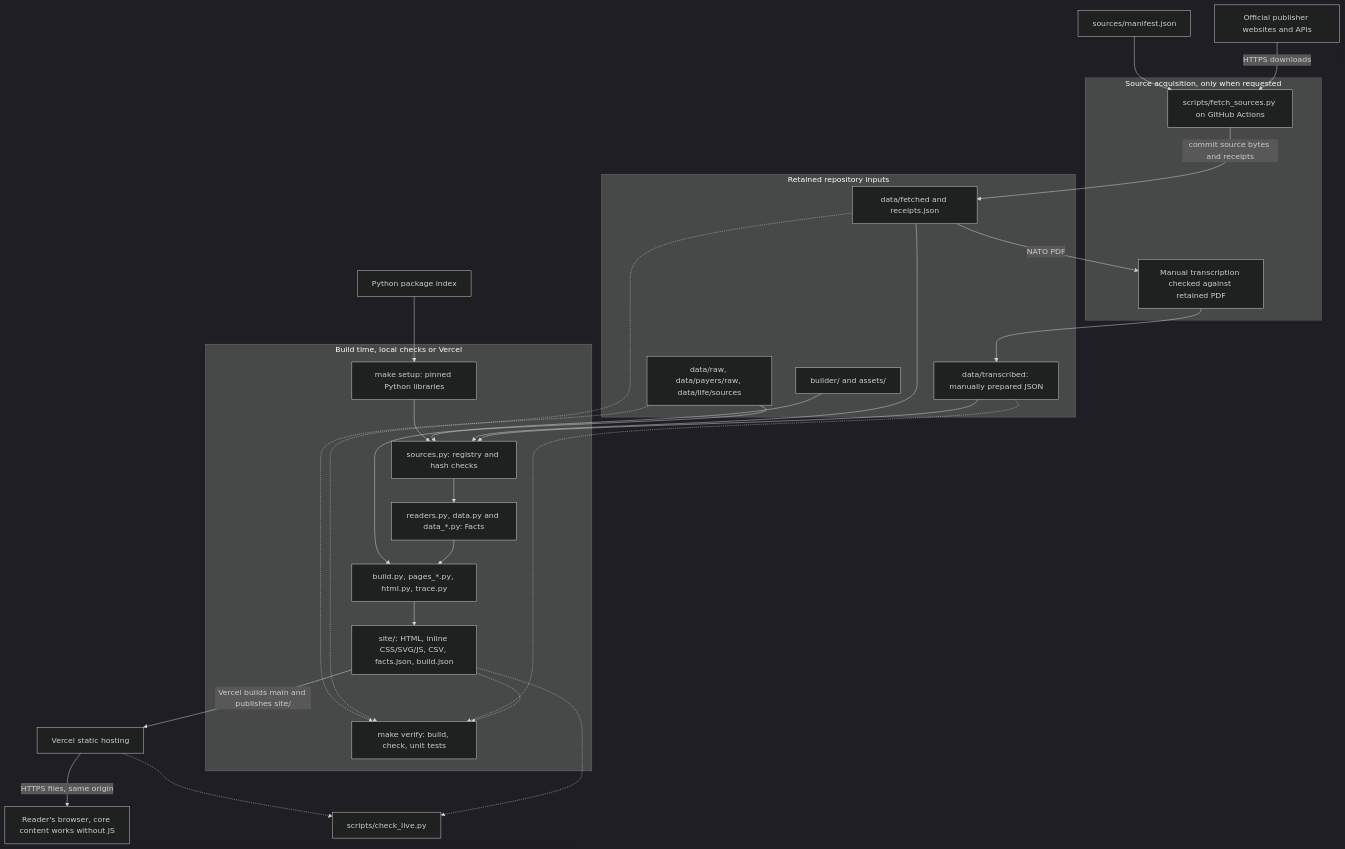
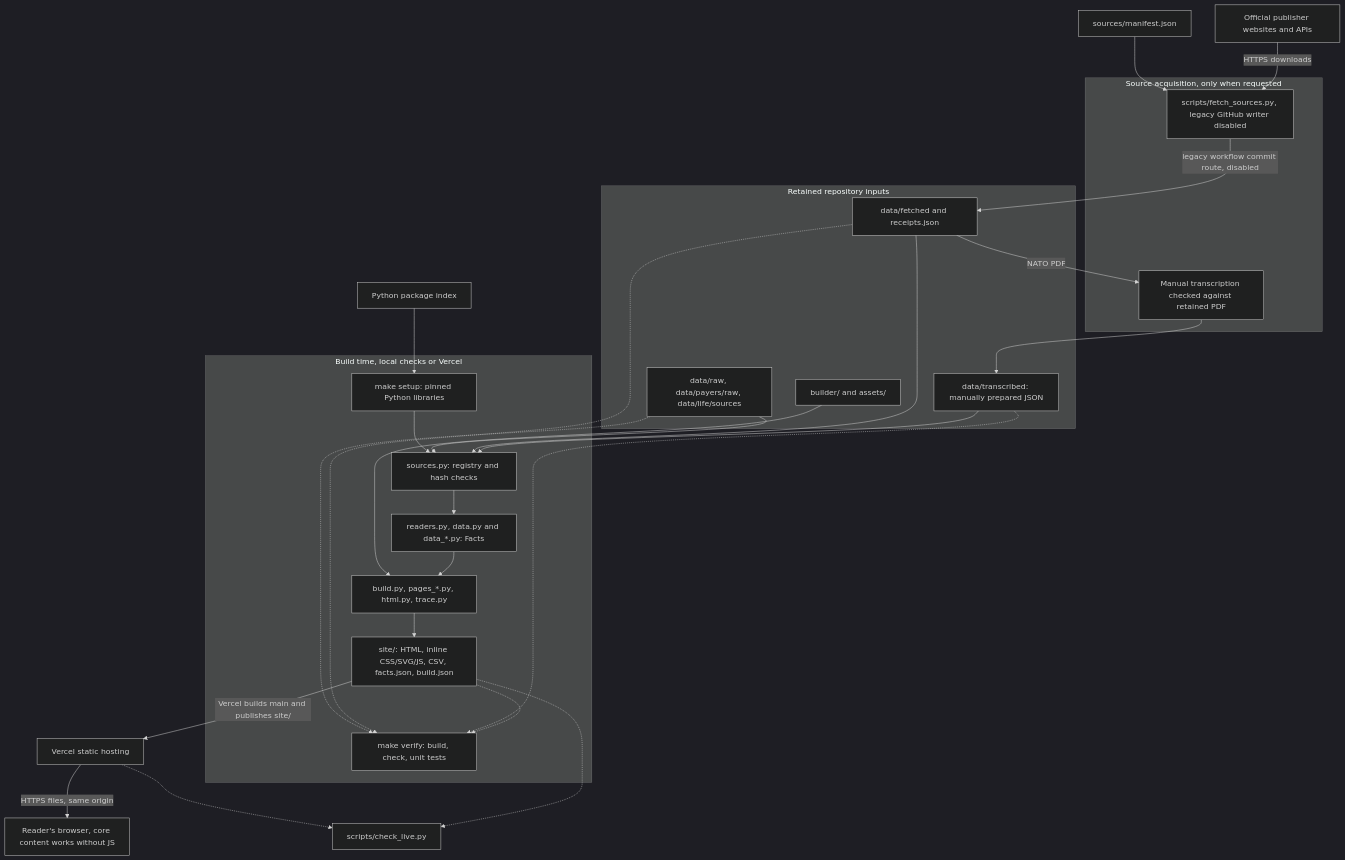
The diagram in docs/architecture.md (jnyross/unpoliticalaf), drawn with Mermaid (dark theme) before and after one commit. The commit also changed other lines of this file and 16 other files, not shown here.

````diff
--- a/docs/architecture.md
+++ b/docs/architecture.md
@@ -14,49 +14,49 @@
 ```mermaid
 flowchart TD
     publishers["Official publisher websites and APIs"]
     packages["Python package index"]
     manifest["sources/manifest.json"]
 
     subgraph acquisition["Source acquisition, only when requested"]
-        fetch["scripts/fetch_sources.py on GitHub Actions"]
+        fetch["scripts/fetch_sources.py, legacy GitHub writer disabled"]
         transcription["Manual transcription checked against retained PDF"]
     end
 
     subgraph repository["Retained repository inputs"]
         retained["data/raw, data/payers/raw, data/life/sources"]
         fetched["data/fetched and receipts.json"]
         transcribed["data/transcribed: manually prepared JSON"]
         code["builder/ and assets/"]
     end
 
     manifest --> fetch
     publishers -->|"HTTPS downloads"| fetch
-    fetch -->|"commit source bytes and receipts"| fetched
+    fetch -->|"legacy workflow commit route, disabled"| fetched
     fetched -->|"NATO PDF"| transcription --> transcribed
 
     subgraph build["Build time, local checks or Vercel"]
         setup["make setup: pinned Python libraries"]
         registry["sources.py: registry and hash checks"]
         facts["readers.py, data.py and data_*.py: Facts"]
         render["build.py, pages_*.py, html.py, trace.py"]
         output["site/: HTML, inline CSS/SVG/JS, CSV, facts.json, build.json"]
         verify["make verify: build, check, unit tests"]
     end
 
     packages --> setup
     setup --> registry
     retained --> registry
     fetched --> registry
     transcribed --> registry
     code --> render
     registry --> facts --> render --> output
     retained -.-> verify
     fetched -.-> verify
     transcribed -.-> verify
     output -.-> verify
 
     output -->|"Vercel builds main and publishes site/"| hosting["Vercel static hosting"]
     hosting -->|"HTTPS files, same origin"| browser["Reader's browser, core content works without JS"]
     hosting -.-> live["scripts/check_live.py"]
     output -.-> live
 ```
````
